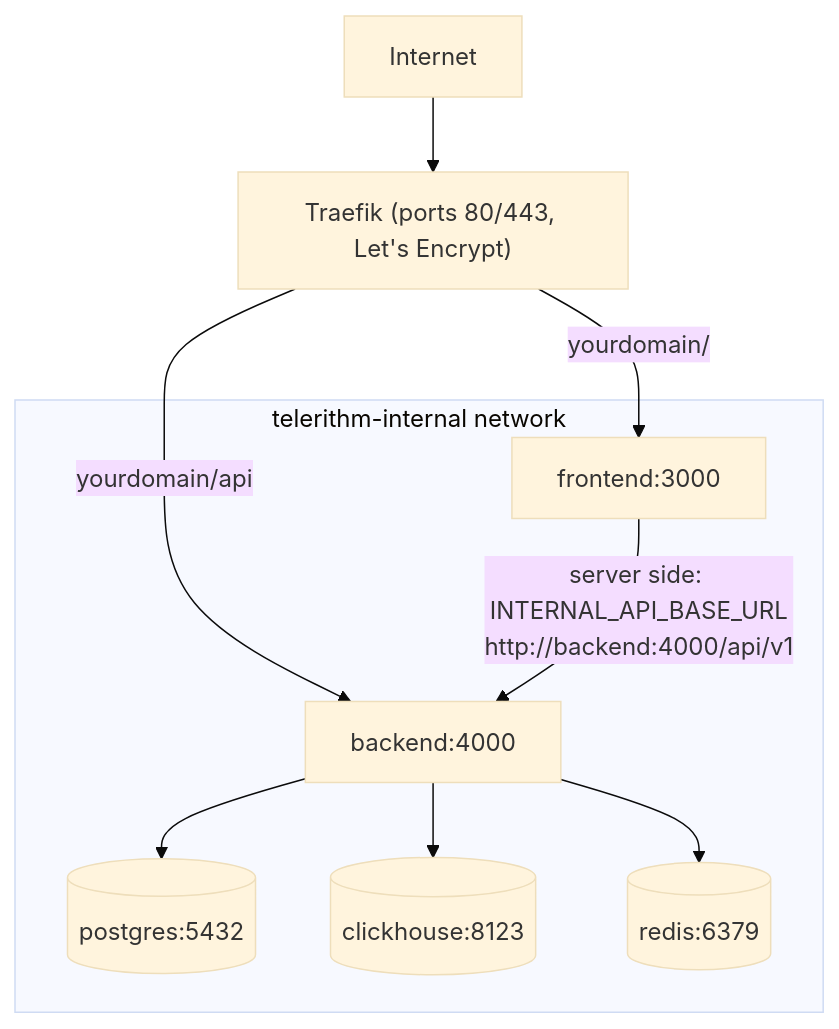
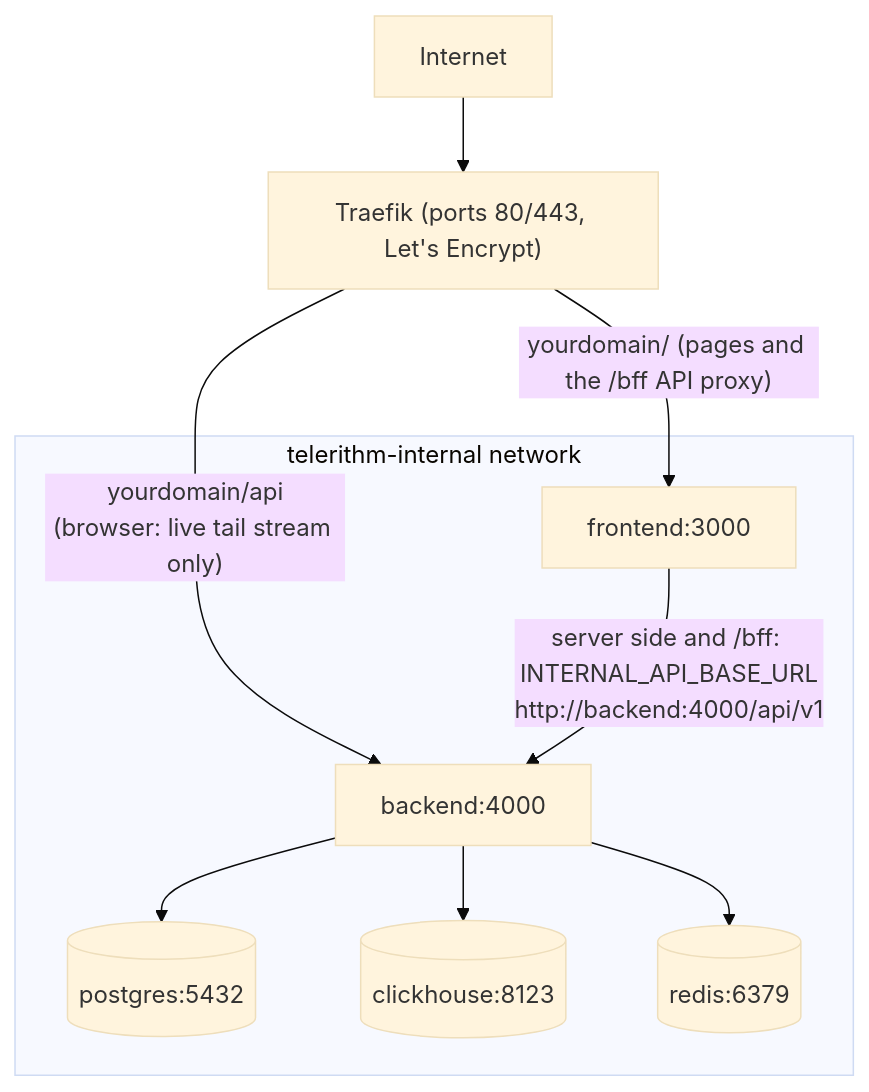
The diagram in DEPLOYMENT.md (LanNguyenSi/telerithm), drawn with Mermaid (base theme) before and after one commit. The commit also changed other lines of this file and 45 other files, not shown here.

First line of the commit message:
fix(security): keep the session token out of the page HTML via a /bff proxy (#256)

````diff
--- a/DEPLOYMENT.md
+++ b/DEPLOYMENT.md
@@ -111,17 +111,17 @@
 ```mermaid
 flowchart TD
   NET[Internet] --> TRAEFIK["Traefik (ports 80/443, Let's Encrypt)"]
   subgraph internal ["telerithm-internal network"]
     BE["backend:4000"]
     FE["frontend:3000"]
     PG[("postgres:5432")]
     CH[("clickhouse:8123")]
     RD[("redis:6379")]
   end
-  TRAEFIK -->|"yourdomain/api"| BE
-  TRAEFIK -->|"yourdomain/"| FE
-  FE -->|"server side: INTERNAL_API_BASE_URL<br/>http://backend:4000/api/v1"| BE
+  TRAEFIK -->|"yourdomain/api<br/>(browser: live tail stream only)"| BE
+  TRAEFIK -->|"yourdomain/ (pages and the /bff API proxy)"| FE
+  FE -->|"server side and /bff: INTERNAL_API_BASE_URL<br/>http://backend:4000/api/v1"| BE
   BE --> PG
   BE --> CH
   BE --> RD
 ```
````
